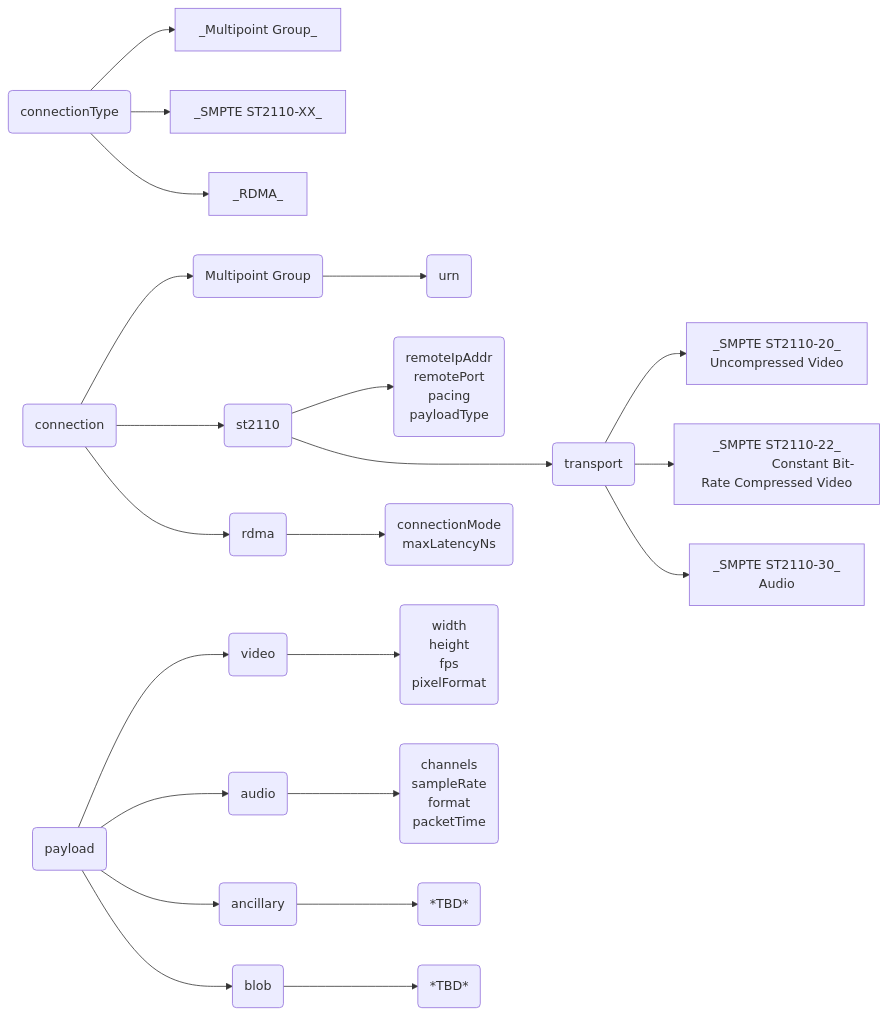
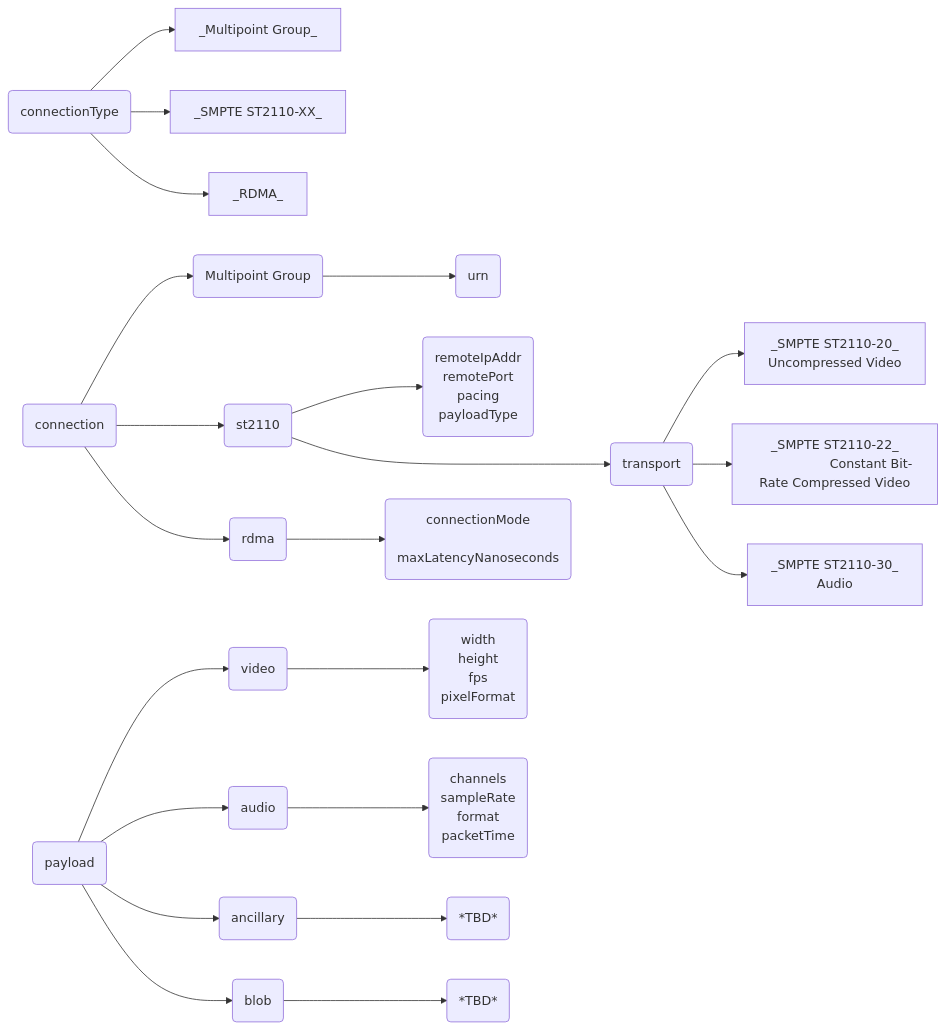
The diagram in docs/sdk-json-proposal/SDK_API_WORKFLOW.md (OpenVisualCloud/Media-Communications-Mesh), drawn with Mermaid before and after one commit. The commit also changed other lines of this file and 65 other files, not shown here.

````diff
--- a/docs/sdk-json-proposal/SDK_API_WORKFLOW.md
+++ b/docs/sdk-json-proposal/SDK_API_WORKFLOW.md
@@ -97,38 +97,38 @@
 ```mermaid
 flowchart LR
 
    conn_type(connectionType) --> group_t[_Multipoint Group_]
    conn_type --> st_t[_SMPTE ST2110-XX_]
    conn_type --> rdma_t[_RDMA_]
 
    conn(connection) --> group(Multipoint Group)
       group --> group_addr("urn")
 
    conn --> st(st2110) --> st_param("remoteIpAddr
                                      remotePort
                                      pacing
                                      payloadType")
             st ---> transport(transport)
                transport --> st20["_SMPTE ST2110-20_ 
                   Uncompressed Video"]
                transport --> st22["_SMPTE ST2110-22_
                   Constant Bit-Rate Compressed Video"]
                transport --> st30["_SMPTE ST2110-30_
                   Audio"]
 
    conn --> rdma(rdma) --> rdma_param("connectionMode
-                                       maxLatencyNs")
+                                       maxLatencyNanoseconds")
 
    payload(payload) --> video(video) --> videoparam("width
                                                      height
                                                      fps
                                                      pixelFormat")
    payload --> audio(audio) --> audioparam("channels
                                             sampleRate
                                             format
                                             packetTime")
 
    payload --> aux(ancillary) --> auxparam("*TBD*")
 
    payload --> blob(blob) --> blobparam("*TBD*")
 ```
````
